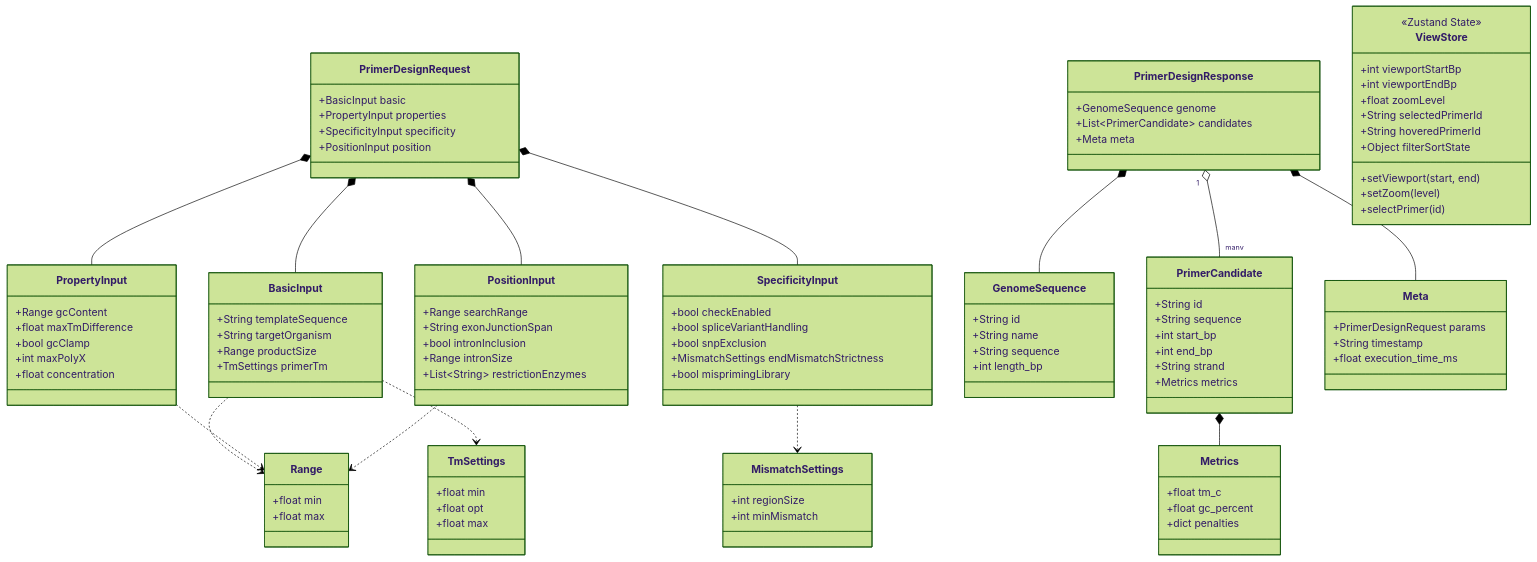
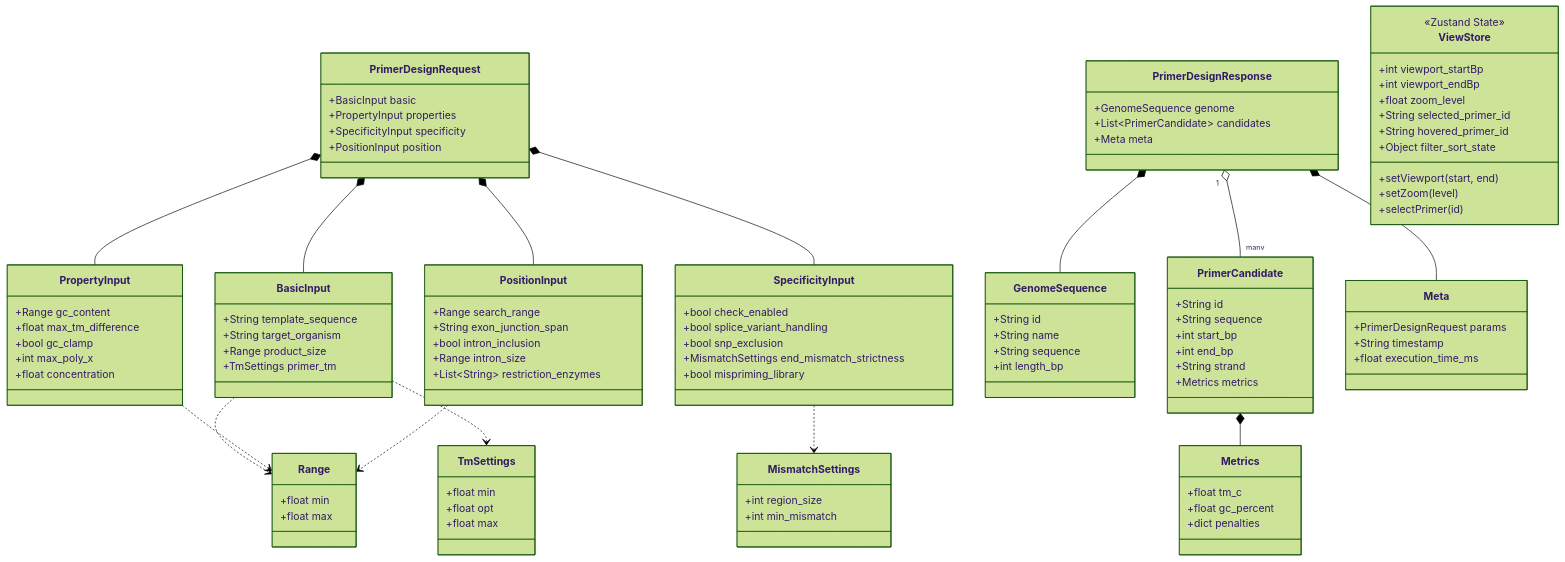
One commit to cnvxlns/PrimerFlow-FE changed the first of 4 diagrams in docs/spec_diagram.md. Above: the diagram before and after it, drawn with Mermaid (forest theme).

```diff
--- a/docs/spec_diagram.md
+++ b/docs/spec_diagram.md
@@ -17,31 +17,31 @@
         +PositionInput position
     }
     class BasicInput {
-        +String templateSequence
-        +String targetOrganism
-        +Range productSize
-        +TmSettings primerTm
+        +String template_sequence
+        +String target_organism
+        +Range product_size
+        +TmSettings primer_tm
     }
     class PropertyInput {
-        +Range gcContent
-        +float maxTmDifference
-        +bool gcClamp
-        +int maxPolyX
+        +Range gc_content
+        +float max_tm_difference
+        +bool gc_clamp
+        +int max_poly_x
         +float concentration
     }
     class SpecificityInput {
-        +bool checkEnabled
-        +bool spliceVariantHandling
-        +bool snpExclusion
-        +MismatchSettings endMismatchStrictness
-        +bool misprimingLibrary
+        +bool check_enabled
+        +bool splice_variant_handling
+        +bool snp_exclusion
+        +MismatchSettings end_mismatch_strictness
+        +bool mispriming_library
     }
     class PositionInput {
-        +Range searchRange
-        +String exonJunctionSpan
-        +bool intronInclusion
-        +Range intronSize
-        +List~String~ restrictionEnzymes
+        +Range search_range
+        +String exon_junction_span
+        +bool intron_inclusion
+        +Range intron_size
+        +List~String~ restriction_enzymes
     }
     %% ==========================================================
     %% 2. Entity & Response Schema
@@ -90,20 +90,20 @@
         +float max
     }
     class MismatchSettings {
-        +int regionSize
-        +int minMismatch
+        +int region_size
+        +int min_mismatch
     }
     %% ==========================================================
     %% 4. Frontend State Management
     %% ==========================================================
     class ViewStore {
         <<Zustand State>>
-        +int viewportStartBp
-        +int viewportEndBp
-        +float zoomLevel
-        +String selectedPrimerId
-        +String hoveredPrimerId
-        +Object filterSortState
+        +int viewport_startBp
+        +int viewport_endBp
+        +float zoom_level
+        +String selected_primer_id
+        +String hovered_primer_id
+        +Object filter_sort_state
         
         +setViewport(start, end)
         +setZoom(level)
```
